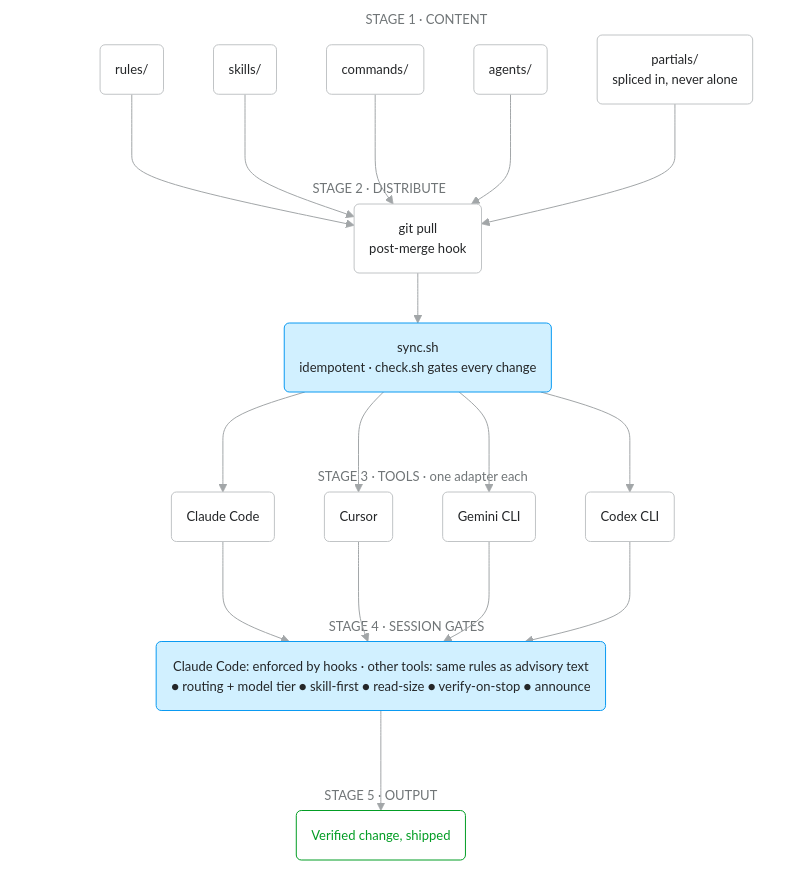
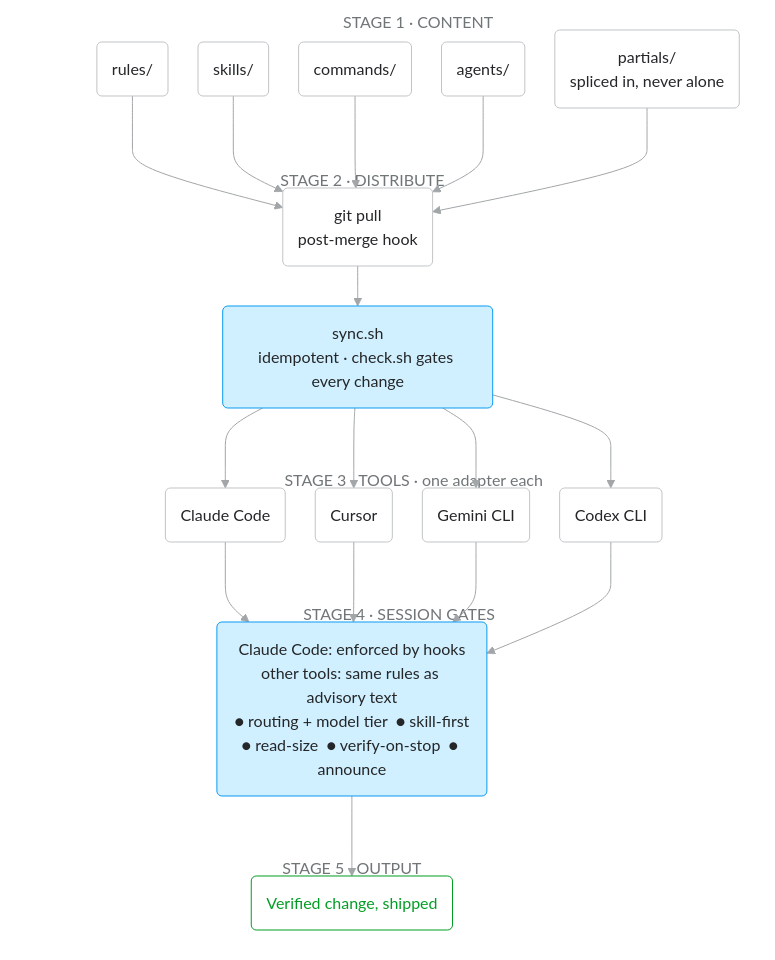
One commit to raditia/CraftKit changed the first of 17 diagrams in README.md. Above: the diagram before and after it, drawn with Mermaid. The commit also changed other lines of this file, not shown here.

First line of the commit message:
docs: make README diagrams readable at GitHub width

````diff
--- a/README.md
+++ b/README.md
@@ -161,61 +161,63 @@
 ```mermaid
 ---
 config:
   theme: base
   look: classic
   fontFamily: "-apple-system, BlinkMacSystemFont, Segoe UI, Helvetica, Arial, sans-serif"
   themeVariables:
     fontFamily: "-apple-system, BlinkMacSystemFont, Segoe UI, Helvetica, Arial, sans-serif"
-    fontSize: 13px
+    fontSize: 16px
     primaryColor: "#FFFFFF"
     primaryBorderColor: "#C1C4C6"
     primaryTextColor: "#242628"
     lineColor: "#A2A6A8"
     clusterBkg: "#F5FBFF"
     clusterBorder: "#F0F1F2"
     titleColor: "#707577"
     edgeLabelBackground: "#FFFFFF"
   flowchart:
     curve: basis
-    wrappingWidth: 640
+    wrappingWidth: 240
+    nodeSpacing: 30
+    rankSpacing: 40
 ---
 flowchart TB
     subgraph S1["STAGE 1 · CONTENT"]
         c1("rules/")
         c2("skills/")
         c3("commands/")
         c4("agents/")
         c5("partials/<br/>spliced in, never alone")
     end
     subgraph S2["STAGE 2 · DISTRIBUTE"]
         pull("git pull<br/>post-merge hook") --> sync("sync.sh<br/>idempotent · check.sh gates every change")
     end
     subgraph S3["STAGE 3 · TOOLS · one adapter each"]
         t1("Claude Code")
         t2("Cursor")
         t3("Gemini CLI")
         t4("Codex CLI")
     end
     subgraph S4["STAGE 4 · SESSION GATES"]
-        gates("Claude Code: enforced by hooks · other tools: same rules as advisory text<br/>● routing + model tier   ● skill-first   ● read-size   ● verify-on-stop   ● announce")
+        gates("Claude Code: enforced by hooks<br/>other tools: same rules as advisory text<br/>● routing + model tier  ● skill-first<br/>● read-size  ● verify-on-stop  ● announce")
     end
     subgraph S5["STAGE 5 · OUTPUT"]
         out("Verified change, shipped")
     end
     c1 & c2 & c3 & c4 & c5 --> pull
     sync --> t1 & t2 & t3 & t4
     t1 & t2 & t3 & t4 --> gates
     gates --> out
 
     classDef n fill:#FFFFFF,stroke:#C1C4C6,color:#242628
     classDef key fill:#D1F0FF,stroke:#0A9AF2,color:#242628
     classDef ok fill:#FFFFFF,stroke:#029D24,color:#029D24
     class c1,c2,c3,c4,c5,pull,t1,t2,t3,t4 n
     class sync,gates key
     class out ok
     style S1 fill:transparent,stroke:transparent
     style S2 fill:transparent,stroke:transparent
     style S3 fill:transparent,stroke:transparent
     style S4 fill:transparent,stroke:transparent
     style S5 fill:transparent,stroke:transparent
 ```
````
